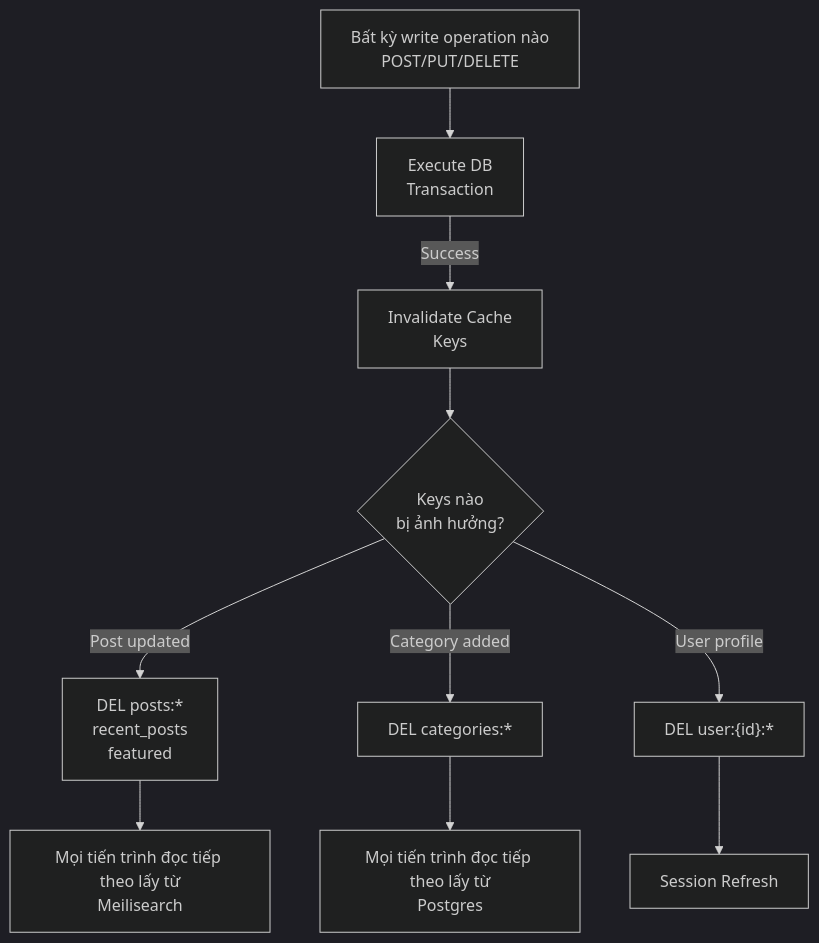
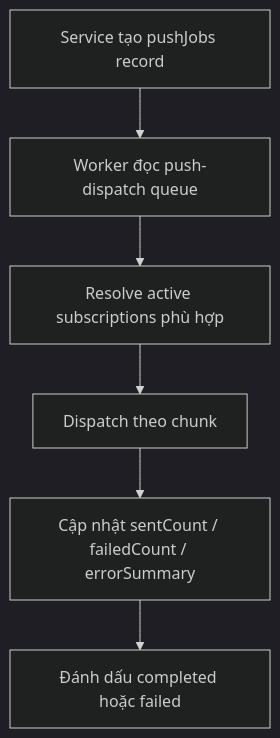
The seventh of 8 diagrams in design/00-overview/architecture-flows.mmd (QuyenVjp/PMTL_VN), drawn with Mermaid (dark theme) before and after one commit. The commit also changed other lines of this file and 38 other files, not shown here.

````diff
--- a/design/00-overview/architecture-flows.mmd
+++ b/design/00-overview/architecture-flows.mmd
@@ -110,12 +78,8 @@
 ```mermaid
 flowchart TD
-    A["Bất kỳ write operation nào<br/>POST/PUT/DELETE"] --> B["Execute DB<br/>Transaction"]
-    B -->|Success| C["Invalidate Cache<br/>Keys"]
-    C --> D{"Keys nào<br/>bị ảnh hưởng?"}
-    D -->|Post updated| E["DEL posts:*<br/>recent_posts<br/>featured"]
-    D -->|Category added| F["DEL categories:*"]
-    D -->|User profile| G["DEL user:{id}:*"]
-    E --> H["Mọi tiến trình đọc tiếp theo lấy từ<br/>Meilisearch"]
-    F --> I["Mọi tiến trình đọc tiếp theo lấy từ<br/>Postgres"]
-    G --> J["Session Refresh"]
+    A["Service tạo pushJobs record"] --> B["Worker đọc push-dispatch queue"]
+    B --> C["Resolve active subscriptions phù hợp"]
+    C --> D["Dispatch theo chunk"]
+    D --> E["Cập nhật sentCount / failedCount / errorSummary"]
+    E --> F["Đánh dấu completed hoặc failed"]
 ```
````
